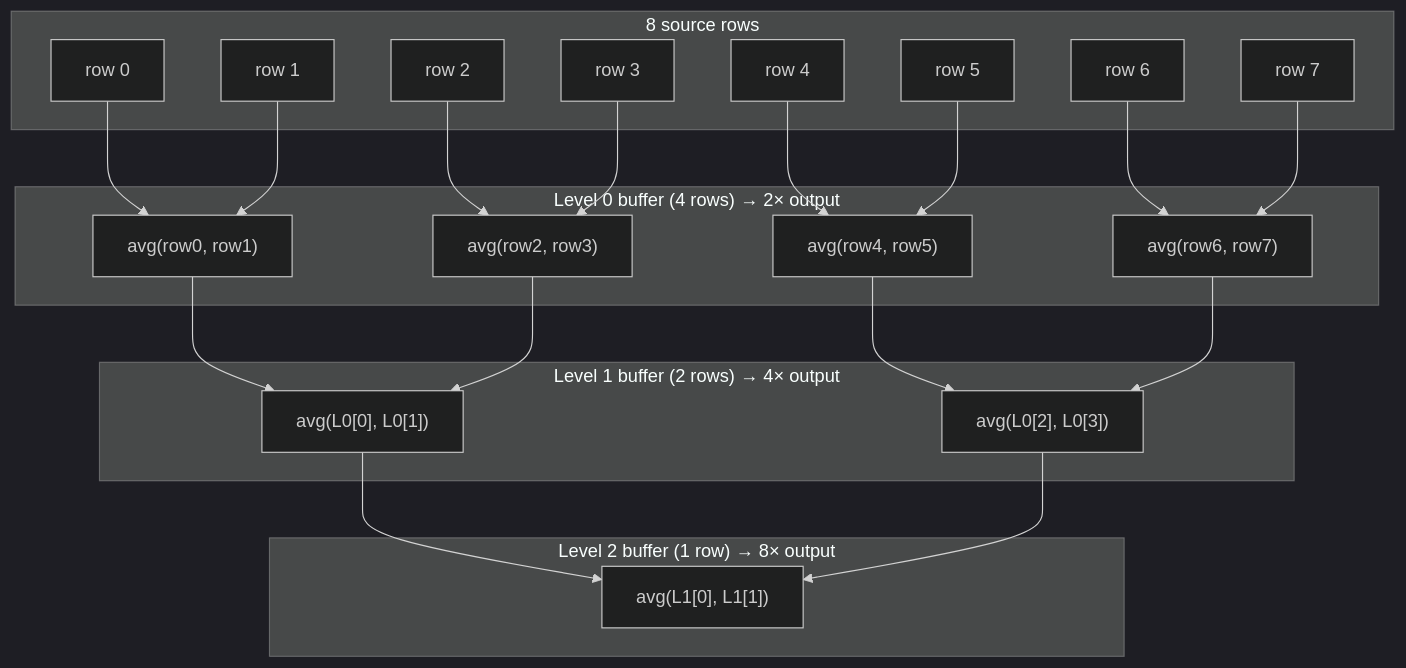
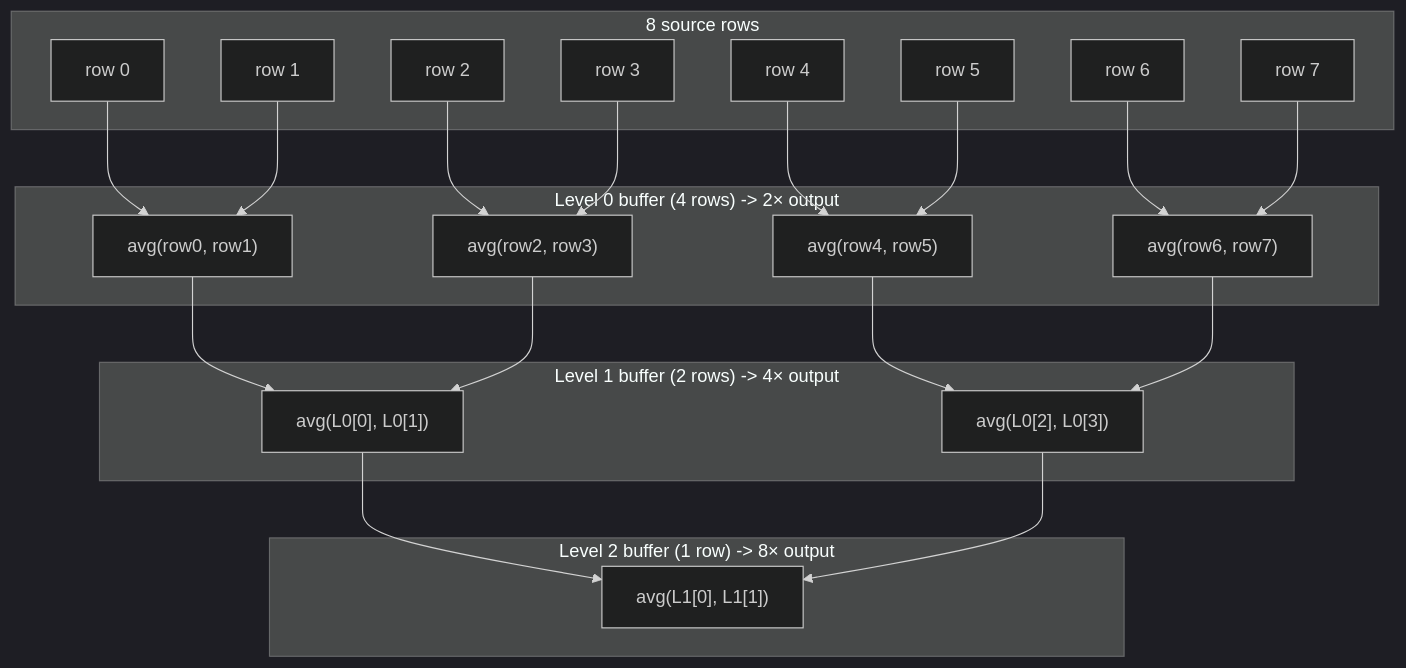
The fourth of 5 diagrams in docs/ARCHITECTURE.md (kdkd/funnelcake), drawn with Mermaid (dark theme) before and after one commit. The commit also changed other lines of this file and 34 other files, not shown here.

````diff
--- a/docs/ARCHITECTURE.md
+++ b/docs/ARCHITECTURE.md
@@ -450,46 +457,46 @@
 ```mermaid
 graph TD
     subgraph src["8 source rows"]
         R0["row 0"]
         R1["row 1"]
         R2["row 2"]
         R3["row 3"]
         R4["row 4"]
         R5["row 5"]
         R6["row 6"]
         R7["row 7"]
     end
 
-    subgraph L0["Level 0 buffer (4 rows) → 2× output"]
+    subgraph L0["Level 0 buffer (4 rows) -> 2× output"]
         A0["avg(row0, row1)"]
         A1["avg(row2, row3)"]
         A2["avg(row4, row5)"]
         A3["avg(row6, row7)"]
     end
 
-    subgraph L1["Level 1 buffer (2 rows) → 4× output"]
+    subgraph L1["Level 1 buffer (2 rows) -> 4× output"]
         B0["avg(L0[0], L0[1])"]
         B1["avg(L0[2], L0[3])"]
     end
 
-    subgraph L2["Level 2 buffer (1 row) → 8× output"]
+    subgraph L2["Level 2 buffer (1 row) -> 8× output"]
         C0["avg(L1[0], L1[1])"]
     end
 
     R0 --> A0
     R1 --> A0
     R2 --> A1
     R3 --> A1
     R4 --> A2
     R5 --> A2
     R6 --> A3
     R7 --> A3
 
     A0 --> B0
     A1 --> B0
     A2 --> B1
     A3 --> B1
 
     B0 --> C0
     B1 --> C0
 ```
````
